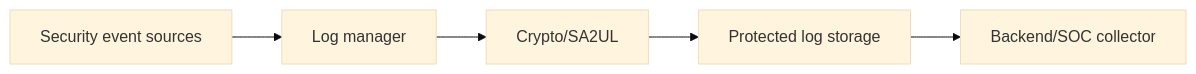
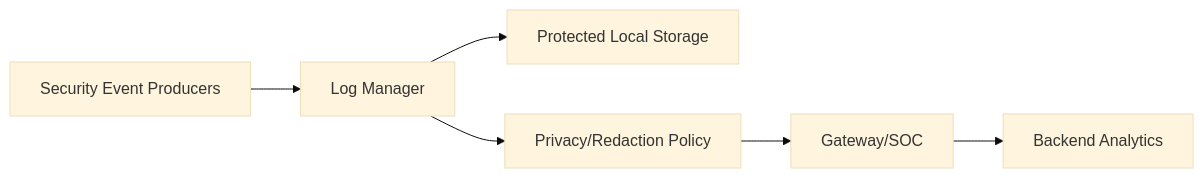
The first of 3 diagrams in TDA4VM_Secure_Logging_Requirements.md (vinodneelakantam/Sec_Concepts_Req_tracability), drawn with Mermaid (base theme) before and after one commit. The commit also changed other lines of this file and 7 other files, not shown here.

````diff
--- a/TDA4VM_Secure_Logging_Requirements.md
+++ b/TDA4VM_Secure_Logging_Requirements.md
@@ -54,11 +18,8 @@
 ```mermaid
-flowchart LR
-  Src["Security event sources"]
-  LM["Log manager"]
-  Crypto["Crypto/SA2UL"]
-  NvM["Protected log storage"]
-  BE["Backend/SOC collector"]
-
-  Src --> LM --> Crypto --> NvM
-  NvM --> BE
+graph LR
+  Prod[Security Event Producers] --> LM[Log Manager]
+  LM --> Store[Protected Local Storage]
+  LM --> Redact[Privacy/Redaction Policy]
+  Redact --> GW[Gateway/SOC]
+  GW --> Cloud[Backend Analytics]
 ```
````
